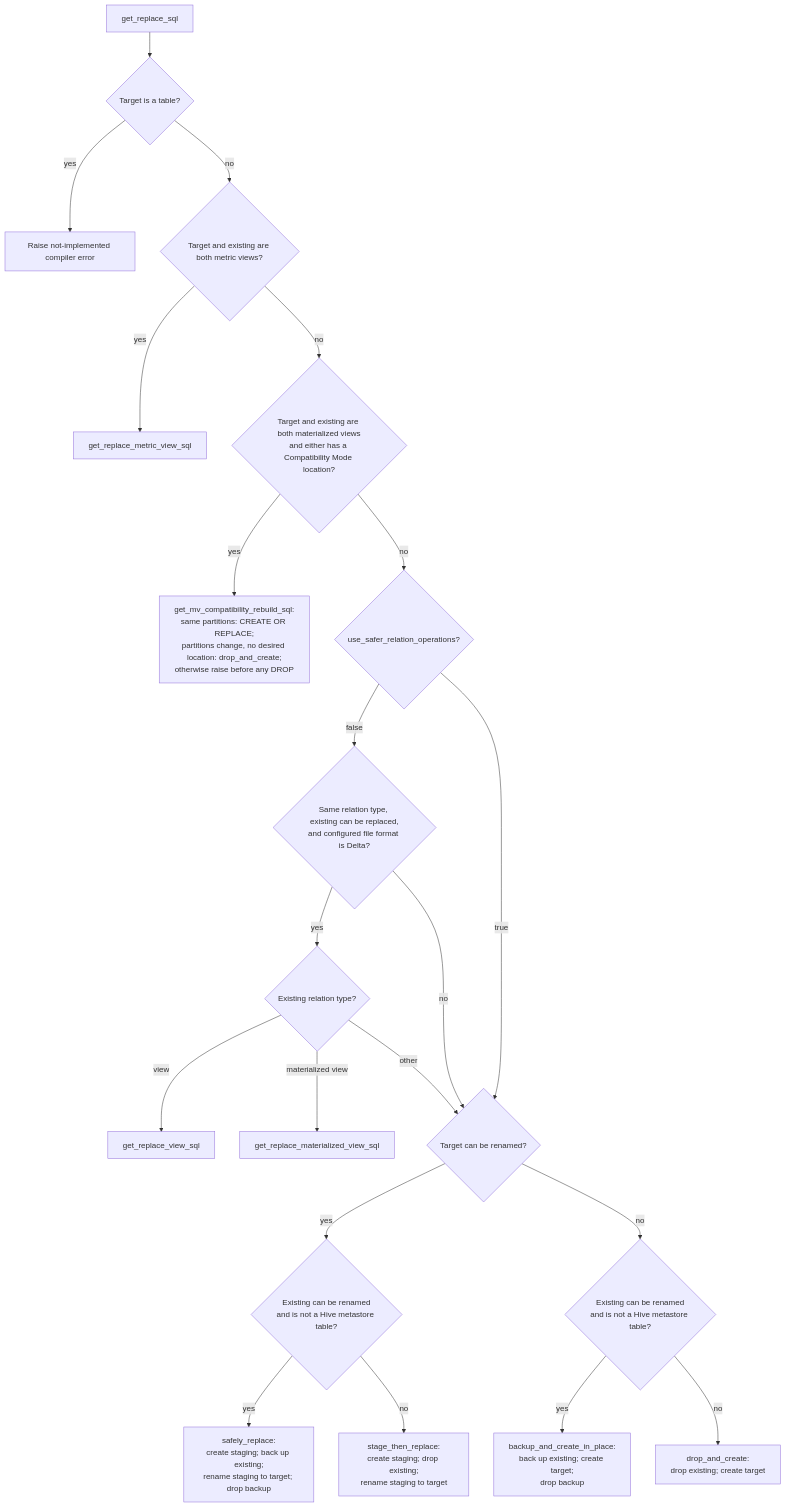
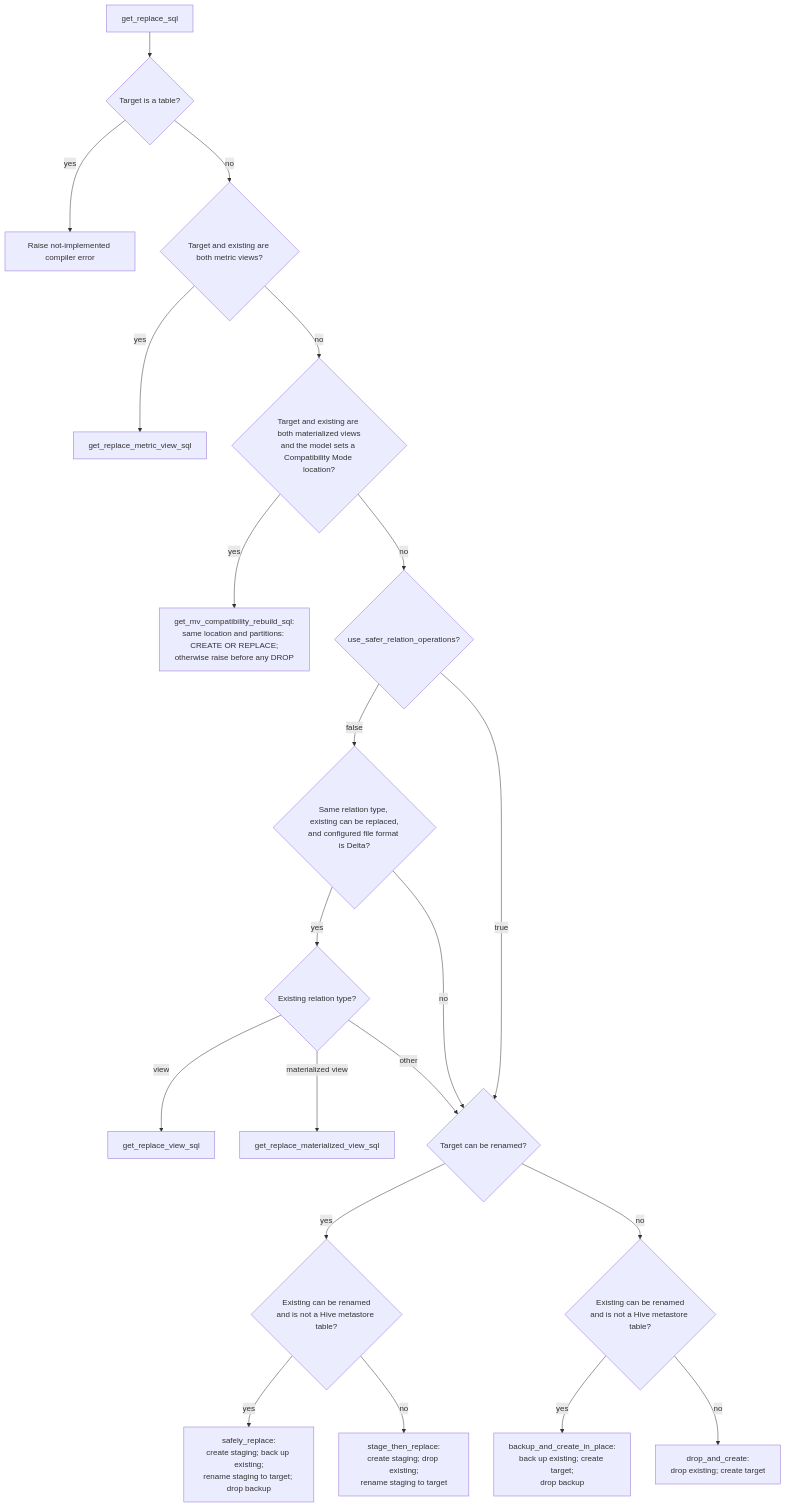
Before and after one commit to databricks/dbt-databricks: the diagram in docs/flow/replace_flow.md, drawn with Mermaid. The commit also changed other lines of this file and 4 other files, not shown here.

First line of the commit message:
fix: skip metadata reads unless the model sets a compatibility location

````diff
--- a/docs/flow/replace_flow.md
+++ b/docs/flow/replace_flow.md
@@ -16,25 +16,25 @@
 ```mermaid
 flowchart TD
     START[get_replace_sql] --> TABLE{Target is a table?}
     TABLE -- yes --> ERROR[Raise not-implemented compiler error]
     TABLE -- no --> METRIC{Target and existing are both metric views?}
     METRIC -- yes --> METRICSQL[get_replace_metric_view_sql]
-    METRIC -- no --> COMPAT{"Target and existing are both materialized views\nand either has a Compatibility Mode location?"}
-    COMPAT -- yes --> COMPATSQL["get_mv_compatibility_rebuild_sql:<br/>same partitions: CREATE OR REPLACE;<br/>partitions change, no desired location: drop_and_create;<br/>otherwise raise before any DROP"]
+    METRIC -- no --> COMPAT{"Target and existing are both materialized views\nand the model sets a Compatibility Mode location?"}
+    COMPAT -- yes --> COMPATSQL["get_mv_compatibility_rebuild_sql:<br/>same location and partitions: CREATE OR REPLACE;<br/>otherwise raise before any DROP"]
     COMPAT -- no --> SAFE{use_safer_relation_operations?}
 
     SAFE -- false --> DIRECT{"Same relation type, existing can be replaced,\nand configured file format is Delta?"}
     DIRECT -- yes --> TYPE{Existing relation type?}
     TYPE -- view --> VIEWSQL[get_replace_view_sql]
     TYPE -- "materialized view" --> MVSQL[get_replace_materialized_view_sql]
     DIRECT -- no --> TARGETRENAME{Target can be renamed?}
     TYPE -- other --> TARGETRENAME
     SAFE -- true --> TARGETRENAME
 
     TARGETRENAME -- yes --> EXISTRENAME1{"Existing can be renamed\nand is not a Hive metastore table?"}
     TARGETRENAME -- no --> EXISTRENAME2{"Existing can be renamed\nand is not a Hive metastore table?"}
     EXISTRENAME1 -- yes --> SAFELY["safely_replace:<br/>create staging; back up existing;<br/>rename staging to target; drop backup"]
     EXISTRENAME1 -- no --> STAGE["stage_then_replace:<br/>create staging; drop existing;<br/>rename staging to target"]
     EXISTRENAME2 -- yes --> BACKUP["backup_and_create_in_place:<br/>back up existing; create target;<br/>drop backup"]
     EXISTRENAME2 -- no --> DROP["drop_and_create:<br/>drop existing; create target"]
 ```
````
